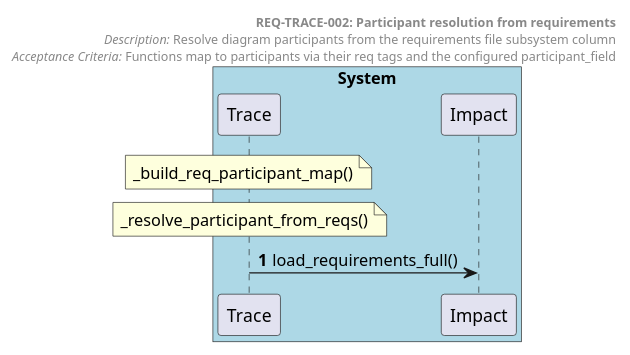
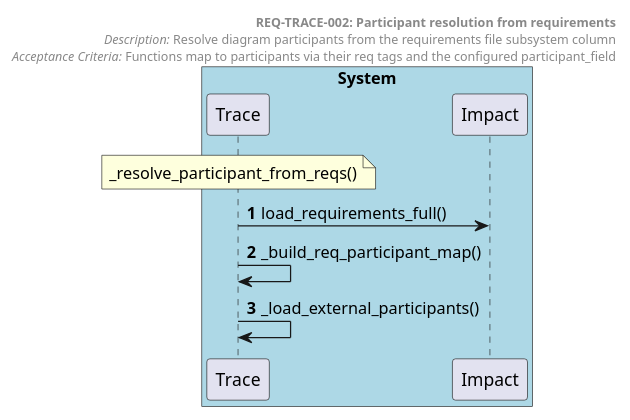
The diagram in docs/generated/sequences/REQ-TRACE-002.puml (tvanfossen/doxygen-guard), drawn with PlantUML before and after one commit. The commit also changed 21 other files, not shown here.

First line of the commit message:
Resolve adversarial findings: security, observability, diagram quality, README

```diff
--- a/docs/generated/sequences/REQ-TRACE-002.puml
+++ b/docs/generated/sequences/REQ-TRACE-002.puml
@@ -1,20 +1,21 @@
 @startuml REQ-TRACE-002 Participant resolution from requirements
 autonumber
 
 box "System" #LightBlue
   participant "Trace" as Trace
   participant "Impact" as Impact
 end box
 
 header
   **REQ-TRACE-002: Participant resolution from requirements**
   //Description:// Resolve diagram participants from the requirements file subsystem column
   //Acceptance Criteria:// Functions map to participants via their req tags and the configured participant_field
 end header
 
-note over Trace: _build_req_participant_map()
 note over Trace: _resolve_participant_from_reqs()
 
 Trace -> Impact: load_requirements_full()
+Trace -> Trace: _build_req_participant_map()
+Trace -> Trace: _load_external_participants()
 
 @enduml
```
